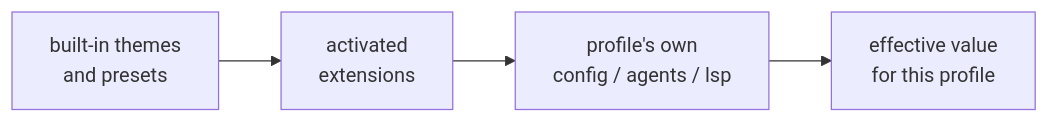
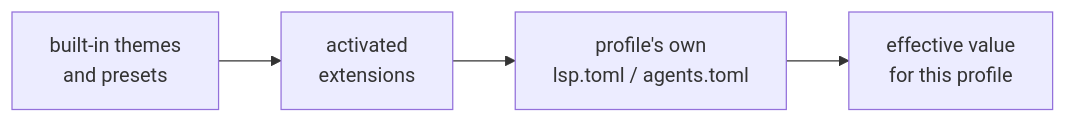
Before and after one commit to skamansam/acpilot: the second of 2 diagrams in site/src/content/docs/mod-shop/registry.md, drawn with Mermaid. The commit also changed other lines of this file and 32 other files, not shown here.

````diff
--- a/site/src/content/docs/mod-shop/registry.md
+++ b/site/src/content/docs/mod-shop/registry.md
@@ -80,6 +83,6 @@
 ```mermaid
 flowchart LR
     builtin["built-in themes<br/>and presets"] --> ext["activated<br/>extensions"]
-    ext --> own["profile's own<br/>config / agents / lsp"]
+    ext --> own["profile's own<br/>lsp.toml / agents.toml"]
     own --> effective["effective value<br/>for this profile"]
 ```
````
